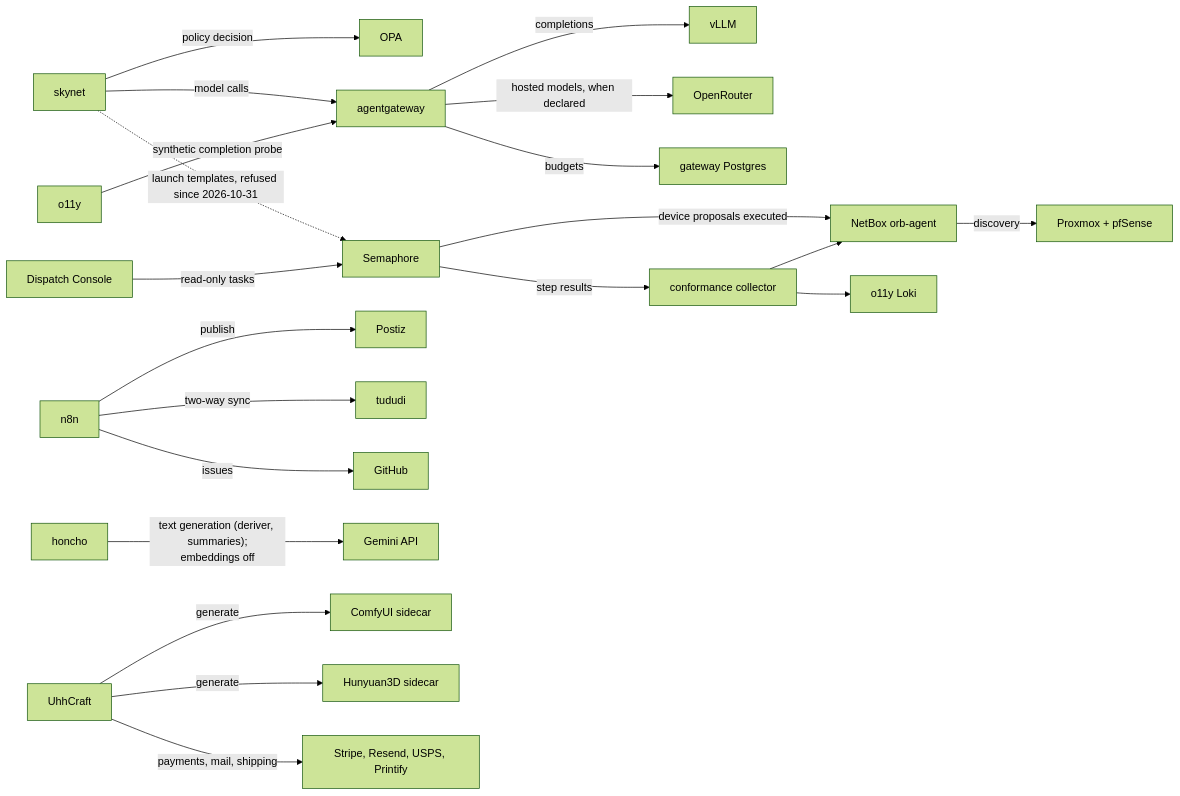
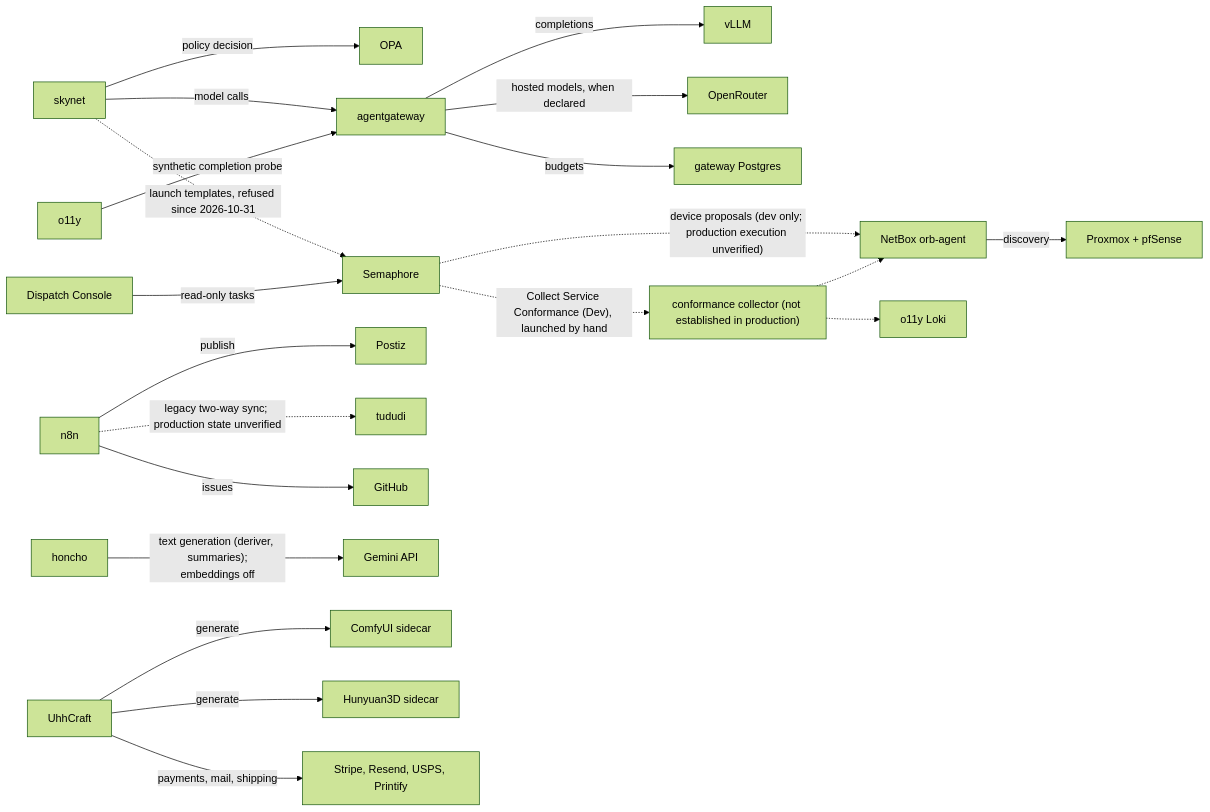
One commit to uhstray-io/agent-cloud changed the fifth of 10 diagrams in plan/architecture/service-architecture.md. Above: the diagram before and after it, drawn with Mermaid (forest theme). The commit also changed other lines of this file, not shown here.

Commit message:
docs: correct service architecture status map

````diff
--- a/plan/architecture/service-architecture.md
+++ b/plan/architecture/service-architecture.md
@@ -317,23 +319,23 @@
 ```mermaid
 flowchart LR
     SKY["skynet"] -->|"policy decision"| OPA["OPA"]
     SKY -->|"model calls"| AGW["agentgateway"]
     SKY -.->|"launch templates, refused since 2026-10-31"| SEM["Semaphore"]
     AGW -->|"completions"| VLLM["vLLM"]
     AGW -->|"hosted models, when declared"| OR["OpenRouter"]
     AGW -->|"budgets"| AGWDB["gateway Postgres"]
     CON["Dispatch Console"] -->|"read-only tasks"| SEM
     N8N["n8n"] -->|"publish"| PZ["Postiz"]
-    N8N -->|"two-way sync"| TD["tududi"]
+    N8N -.->|"legacy two-way sync; production state unverified"| TD["tududi"]
     N8N -->|"issues"| GH["GitHub"]
     HON["honcho"] -->|"text generation (deriver, summaries);<br/>embeddings off"| GEM["Gemini API"]
     UHH["UhhCraft"] -->|"generate"| CUI["ComfyUI sidecar"]
     UHH -->|"generate"| HUN["Hunyuan3D sidecar"]
     UHH -->|"payments, mail, shipping"| EXT["Stripe, Resend, USPS, Printify"]
     NB["NetBox orb-agent"] -->|"discovery"| PVE["Proxmox + pfSense"]
-    SEM -->|"device proposals executed"| NB
+    SEM -.->|"device proposals (dev only; production execution unverified)"| NB
     O11Y["o11y"] -->|"synthetic completion probe"| AGW
-    SEM -->|"step results"| COL["conformance collector"]
-    COL --> NB
-    COL --> LOKI["o11y Loki"]
+    SEM -.->|"Collect Service Conformance (Dev), launched by hand"| COL["conformance collector (not established in production)"]
+    COL -.-> NB
+    COL -.-> LOKI["o11y Loki"]
 ```
````
